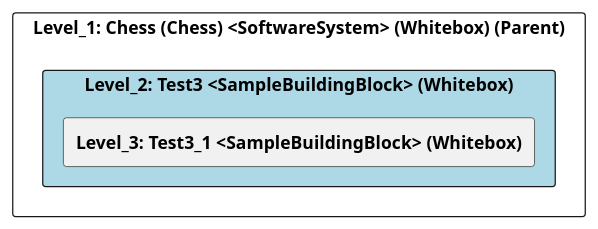
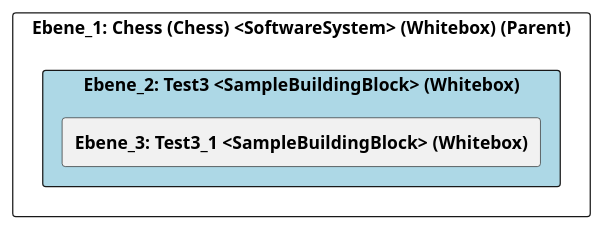
Before and after one commit to marcozwyssig/cleon: the diagram in src/cleon.architecturemethods.arc42.sample/doc/cleon_architecturemethods_arc42_sample_arc42/adoc/de/05_bausteinsicht/chess/test3/ebene_2_test3.adoc, drawn with PlantUML. The commit also changed other lines of this file and 150 other files, not shown here.

```diff
--- a/src/cleon.architecturemethods.arc42.sample/doc/cleon_architecturemethods_arc42_sample_arc42/adoc/de/05_bausteinsicht/chess/test3/ebene_2_test3.adoc
+++ b/src/cleon.architecturemethods.arc42.sample/doc/cleon_architecturemethods_arc42_sample_arc42/adoc/de/05_bausteinsicht/chess/test3/ebene_2_test3.adoc
@@ -21,26 +21,24 @@
-[plantuml, Level_2: Test3 <SampleBuildingBlock> (Whitebox)BlockOverview, format="svg"]
+[plantuml, Ebene_2: Test3 <SampleBuildingBlock> (Whitebox)BlockOverview, format="svg"]
 ----
-@startuml Level_2: Test3 <SampleBuildingBlock> (Whitebox)BuildingBlockOverview
+@startuml Ebene_2: Test3 <SampleBuildingBlock> (Whitebox)BuildingBlockOverview
 
 skinparam ranksep 10
 skinparam componentStyle rectangle
 skinparam shadowing false
 skinparam arrowColor lightblue
 skinparam arrowThickness 1.2
 skinparam rectangle {
   BackgroundColor White
   BorderColor #333
   RoundCorner 10
 }
 top to bottom direction
 
-component "Level_1: Chess (Chess) <SoftwareSystem> (Whitebox) (Parent)" {
-    component "Level_2: Test3 <SampleBuildingBlock> (Whitebox)" #lightblue {
-        [**Level_3: Test3_1 <SampleBuildingBlock> (Whitebox)**] as 489CD281_D579_11EE_903E_9F564E4DE07E
+component "Ebene_1: Chess (Chess) <SoftwareSystem> (Whitebox) (Parent)" {
+    component "Ebene_2: Test3 <SampleBuildingBlock> (Whitebox)" #lightblue {
+        [**Ebene_3: Test3_1 <SampleBuildingBlock> (Whitebox)**] as 489CD281_D579_11EE_903E_9F564E4DE07E
     }
-
-    
 }
 
 @enduml
 ----
```
